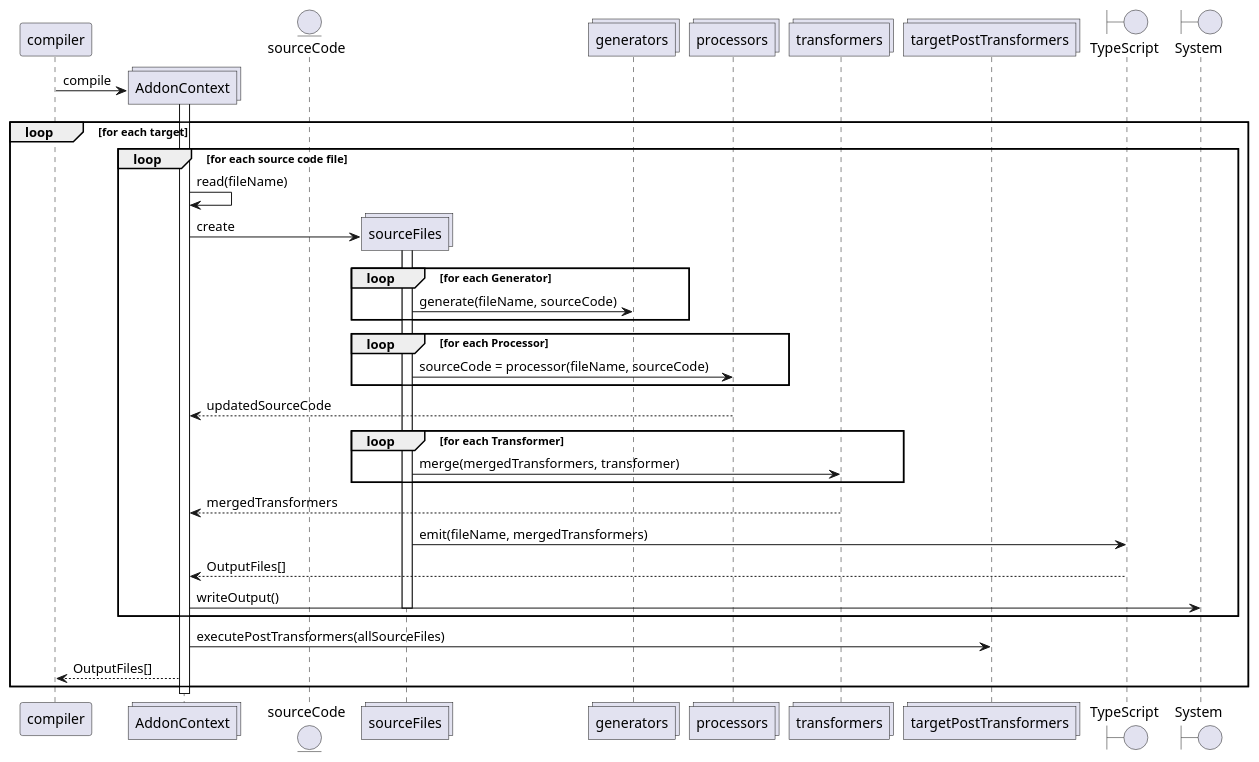
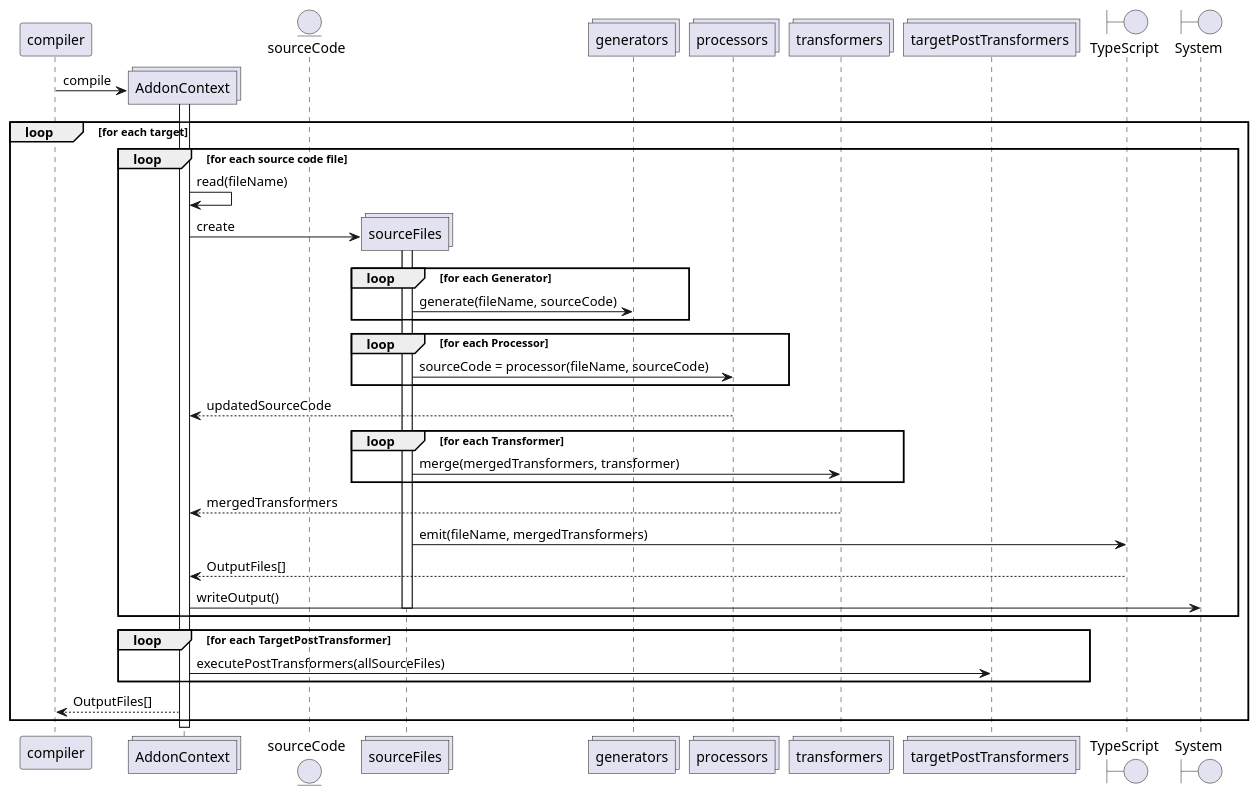
The diagram in docs/write-your-own-addon.md (quatico-solutions/websmith), drawn with PlantUML before and after one commit. The commit also changed 2 other files, not shown here.

Commit message:
d Updates addon sequence diagram

````diff
--- a/docs/write-your-own-addon.md
+++ b/docs/write-your-own-addon.md
@@ -690,45 +690,47 @@
 ```plantuml
 @startuml
 participant compiler
 collections AddonContext
 entity sourceCode
 collections sourceFiles
 collections generators
 collections processors
 collections transformers
 collections targetPostTransformers
 boundary TypeScript
 boundary System
 
     create sourceCode
     create AddonContext
     compiler -> AddonContext: compile
     activate AddonContext
     loop for each target
         loop for each source code file
             AddonContext -> AddonContext: read(fileName)
             create sourceFiles
             AddonContext -> sourceFiles: create 
             activate sourceFiles
             loop for each Generator
                 sourceFiles -> generators: generate(fileName, sourceCode)
             end
             loop for each Processor
                 sourceFiles -> processors: sourceCode = processor(fileName, sourceCode)
             end
             processors --> AddonContext: updatedSourceCode
             loop for each Transformer
                 sourceFiles -> transformers: merge(mergedTransformers, transformer)
             end
             transformers --> AddonContext: mergedTransformers
             sourceFiles -> TypeScript: emit(fileName, mergedTransformers)
             TypeScript --> AddonContext: OutputFiles[]
             AddonContext -> System: writeOutput()
             deactivate sourceFiles
         end
-        AddonContext -> targetPostTransformers: executePostTransformers(allSourceFiles)
+        loop for each TargetPostTransformer
+            AddonContext -> targetPostTransformers: executePostTransformers(allSourceFiles)
+        end
         AddonContext --> compiler: OutputFiles[]
     end
     deactivate AddonContext
 @enduml
 ```
````
